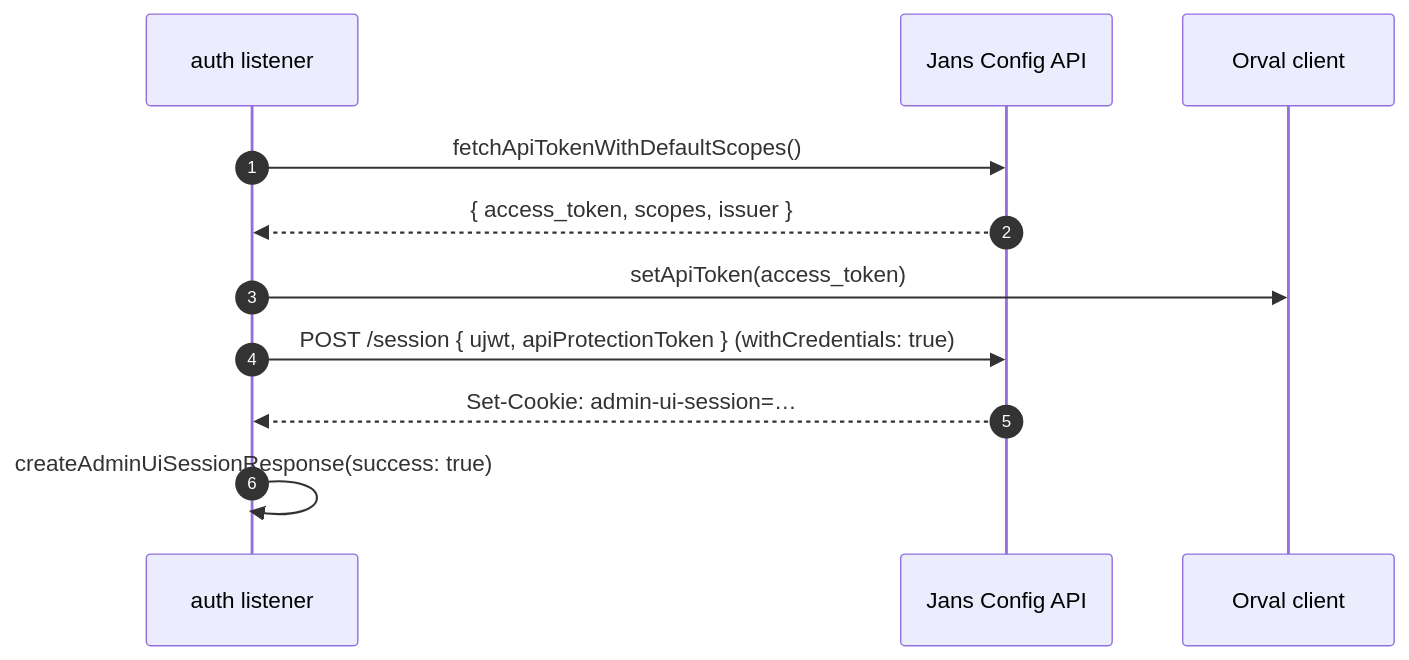
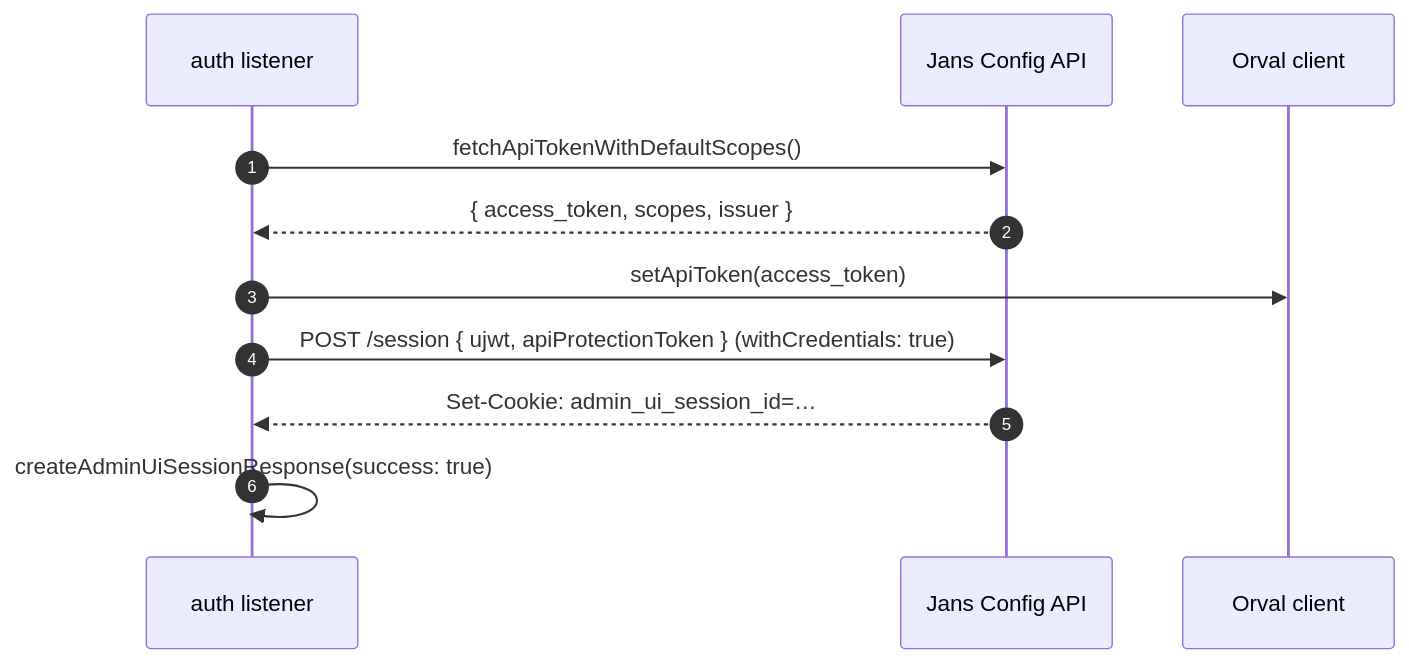
Before and after one commit to GluuFederation/flex: the second of 3 diagrams in admin-ui/docs/auth.md, drawn with Mermaid. The commit also changed other lines of this file and 42 other files, not shown here.

````diff
--- a/admin-ui/docs/auth.md
+++ b/admin-ui/docs/auth.md
@@ -69,14 +70,14 @@
 ```mermaid
 sequenceDiagram
     autonumber
     participant Listener as auth listener
     participant API as Jans Config API
     participant Orval as Orval client
 
     Listener->>API: fetchApiTokenWithDefaultScopes()
     API-->>Listener: { access_token, scopes, issuer }
     Listener->>Orval: setApiToken(access_token)
     Listener->>API: POST /session { ujwt, apiProtectionToken } (withCredentials: true)
-    API-->>Listener: Set-Cookie: admin-ui-session=…
+    API-->>Listener: Set-Cookie: admin_ui_session_id=…
     Listener->>Listener: createAdminUiSessionResponse(success: true)
 ```
````
